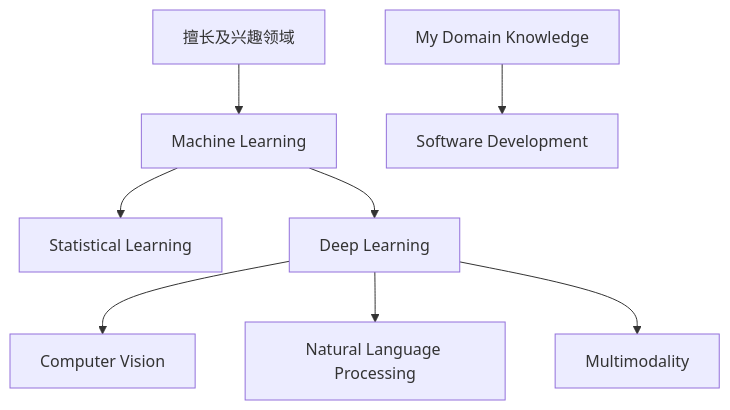
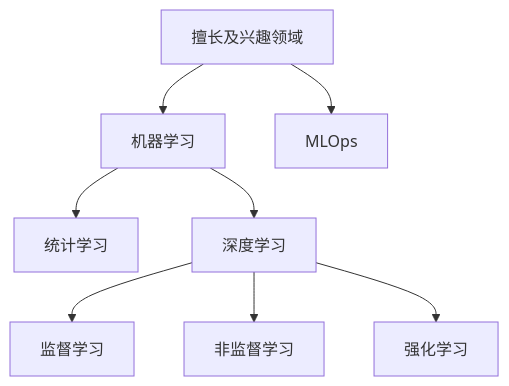
Before and after one commit to leepand/leepand: the diagram in README.md, drawn with Mermaid.

````diff
--- a/README.md
+++ b/README.md
@@ -17,10 +17,10 @@
 ```mermaid
 graph TD;
-    擅长及兴趣领域[擅长及兴趣领域]-->MachineLearning[Machine Learning];
-    MachineLearning[Machine Learning]-->StatisticalLearning[Statistical Learning];
-    MachineLearning[Machine Learning]-->DeepLearning[Deep Learning];
-    MyDomainKnowledge[My Domain Knowledge]-->SoftwareDevelopment[Software Development];
-    DeepLearning[Deep Learning]-->ComputerVision[Computer Vision];
-    DeepLearning[Deep Learning]-->NaturalLanguageProcessing[Natural Language Processing];
-    DeepLearning[Deep Learning]-->Multimodality;
+    擅长及兴趣领域[擅长及兴趣领域]-->机器学习[机器学习];
+    机器学习[机器学习]-->统计学习[统计学习];
+    机器学习[机器学习]-->深度学习[深度学习];
+    擅长及兴趣领域[擅长及兴趣领域]-->MLOps[MLOps];
+    深度学习[深度学习]-->监督学习[监督学习];
+    深度学习[深度学习]-->非监督学习[非监督学习];
+    深度学习[深度学习]-->强化学习;
 ```
````
